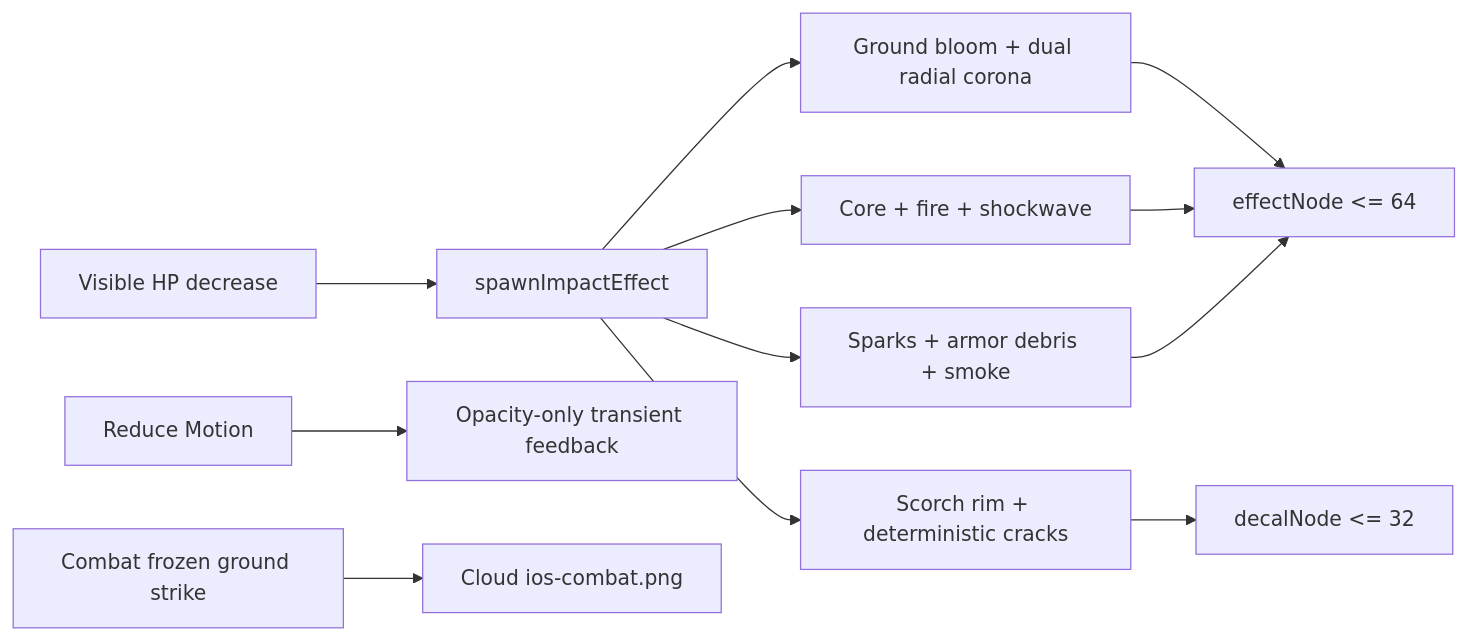
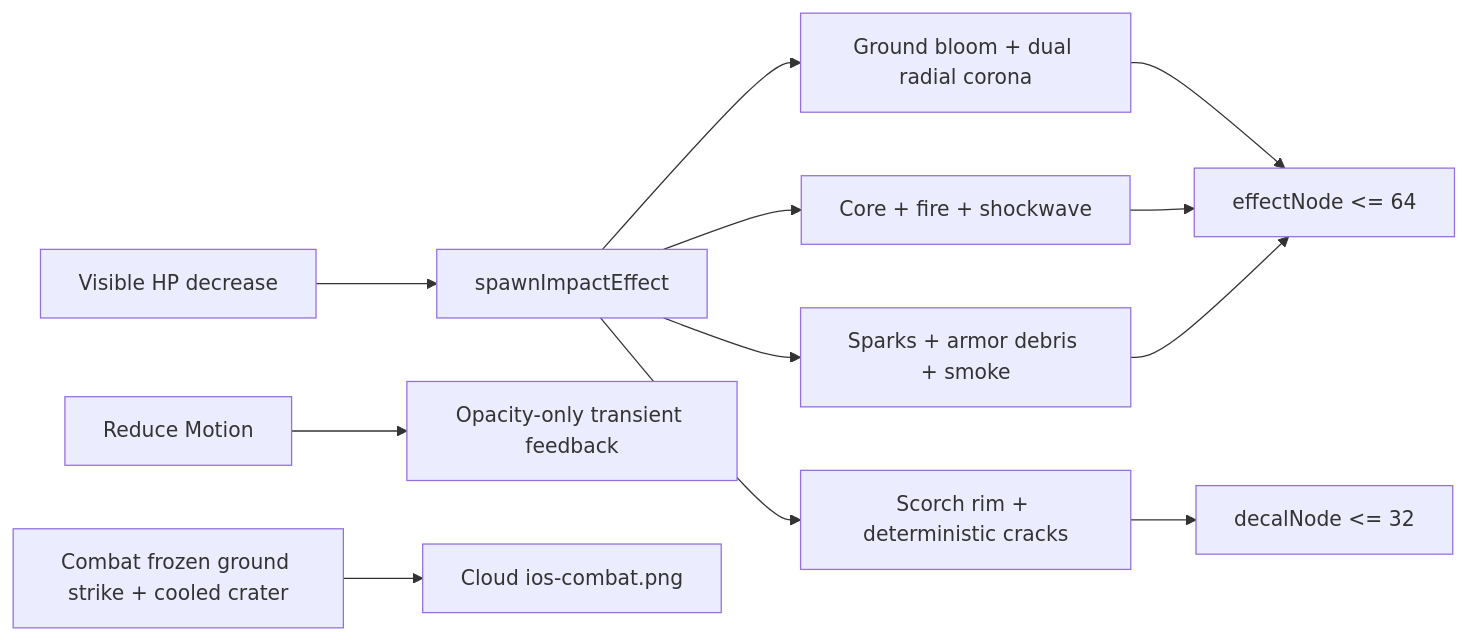
Diagram 23 of 23 in md/flow/flowchart.md (Altman-sam114/120), drawn with Mermaid before and after one commit. The commit also changed 5 other files, not shown here.

````diff
--- a/md/flow/flowchart.md
+++ b/md/flow/flowchart.md
@@ -480,14 +480,14 @@
 ```mermaid
 flowchart LR
   H["Visible HP decrease"] --> I["spawnImpactEffect"]
   I --> G["Ground bloom + dual radial corona"]
   I --> F["Core + fire + shockwave"]
   I --> P["Sparks + armor debris + smoke"]
   I --> D["Scorch rim + deterministic cracks"]
   D --> DN["decalNode <= 32"]
   G --> EN["effectNode <= 64"]
   F --> EN
   P --> EN
   R["Reduce Motion"] --> O["Opacity-only transient feedback"]
-  C["Combat frozen ground strike"] --> PNG["Cloud ios-combat.png"]
+  C["Combat frozen ground strike + cooled crater"] --> PNG["Cloud ios-combat.png"]
 ```
````
